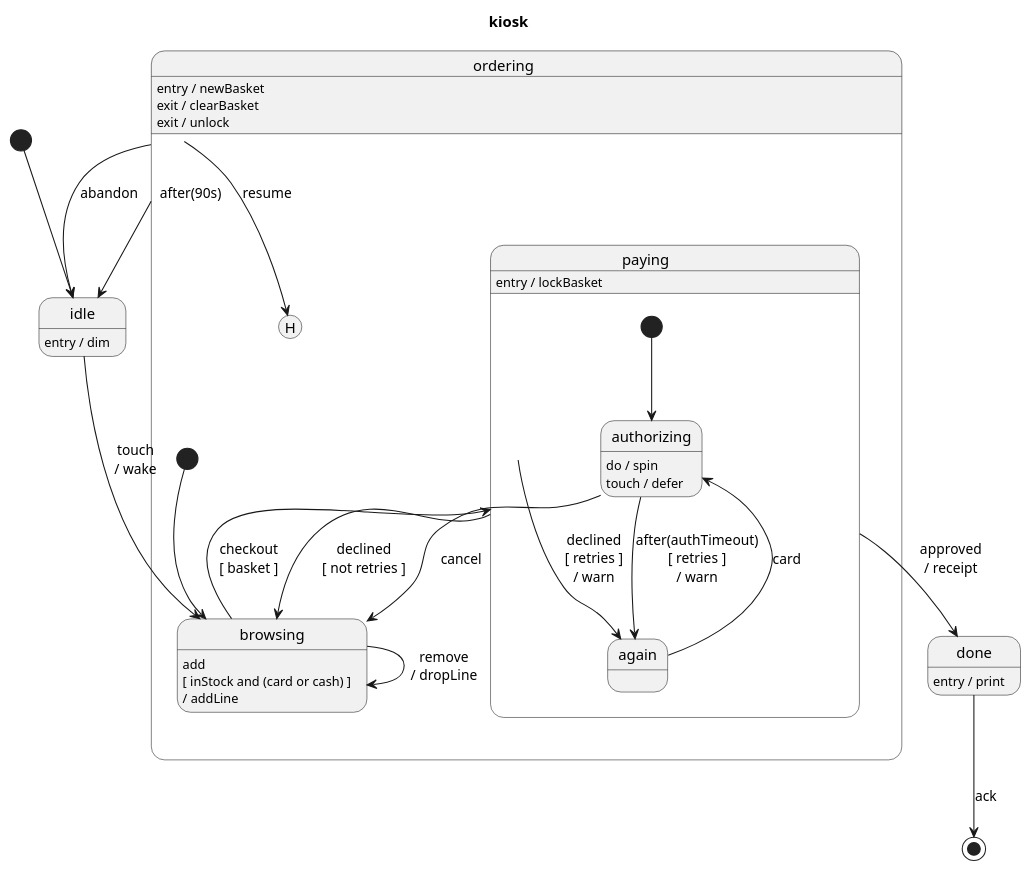
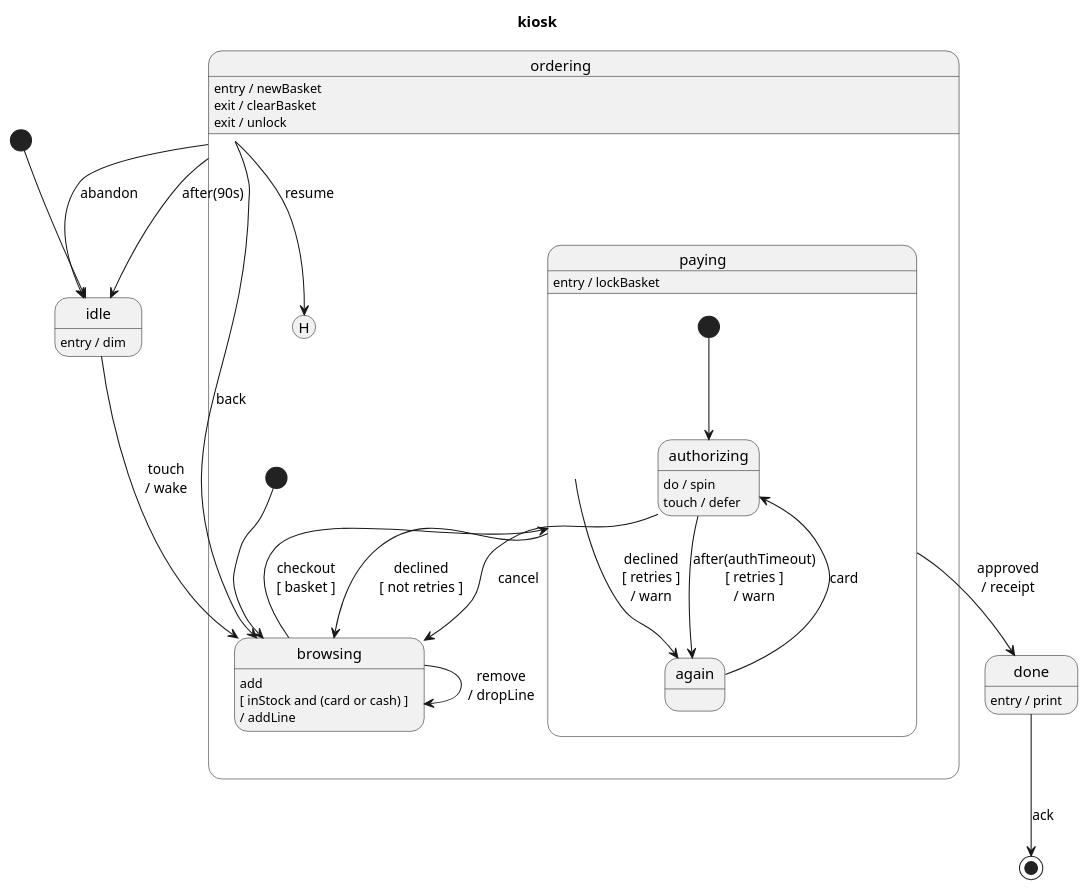
One commit to vincedupuis/transplantUML changed the diagram in example/kiosk.puml. Above: the diagram before and after it, drawn with PlantUML. The commit also changed 10 other files, not shown here.

First line of the commit message:
Write UML's three transition kinds in the fsm language

```diff
--- a/example/kiosk.puml
+++ b/example/kiosk.puml
@@ -1,39 +1,40 @@
 @startuml
 title kiosk
 [*] --> idle
 state idle
 idle : entry / dim
 state ordering {
     [*] --> browsing
     state browsing
     state paying {
         [*] --> authorizing
         state authorizing
         authorizing : do / spin
         authorizing : touch / defer
         state again
         authorizing --> again: after(authTimeout)\n[ retries ]\n/ warn
         again --> authorizing: card
     }
     paying : entry / lockBasket
     state "ordering.H" as ordering_H <<history>>
     browsing : add\n[ inStock and (card or cash) ]\n/ addLine
     browsing --> browsing: remove\n/ dropLine
     browsing --> paying: checkout\n[ basket ]
     paying --> again: declined\n[ retries ]\n/ warn
     paying --> browsing: declined\n[ not retries ]
     authorizing --> browsing: cancel
 }
 ordering : entry / newBasket
 ordering : exit / clearBasket
 ordering : exit / unlock
 state done
 done : entry / print
 state final <<end>>
 idle --> browsing: touch\n/ wake
 ordering --> idle: abandon
 ordering --> idle: after(90s)
 ordering --> ordering_H: resume
+ordering --> browsing: back
 paying --> done: approved\n/ receipt
 done --> final: ack
 @enduml
```
